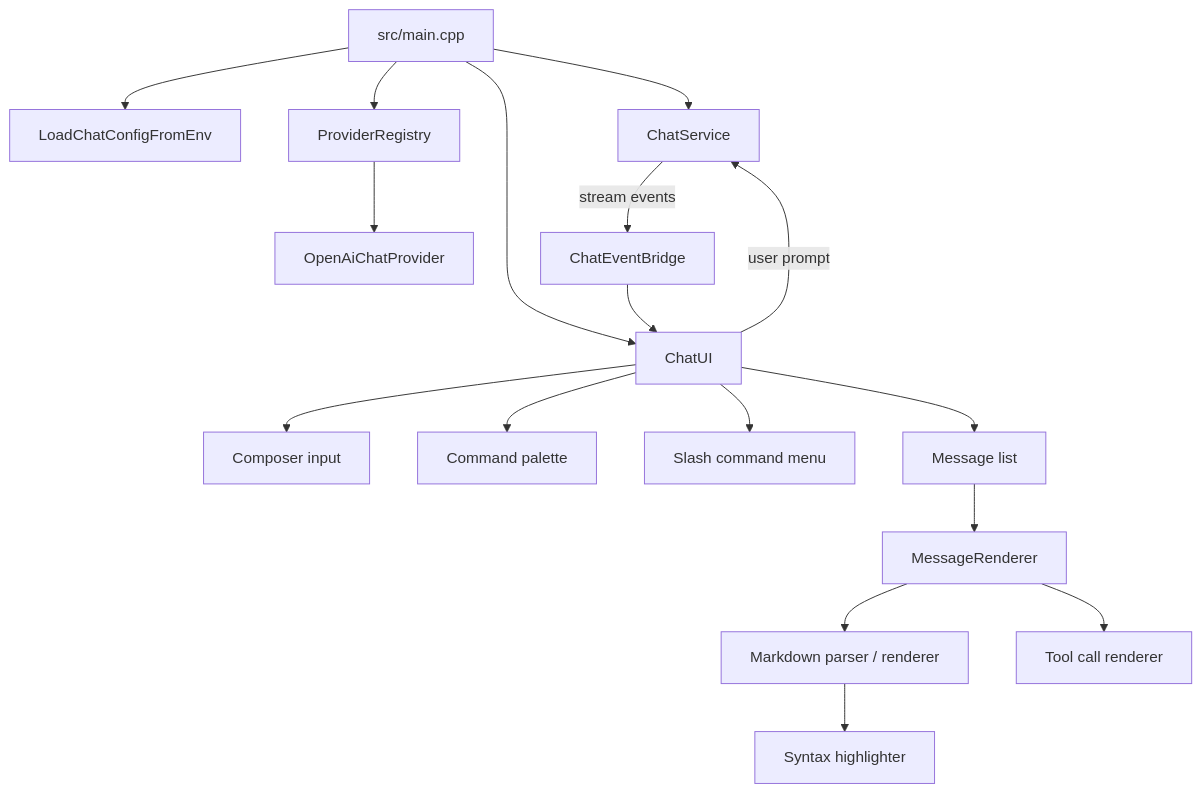
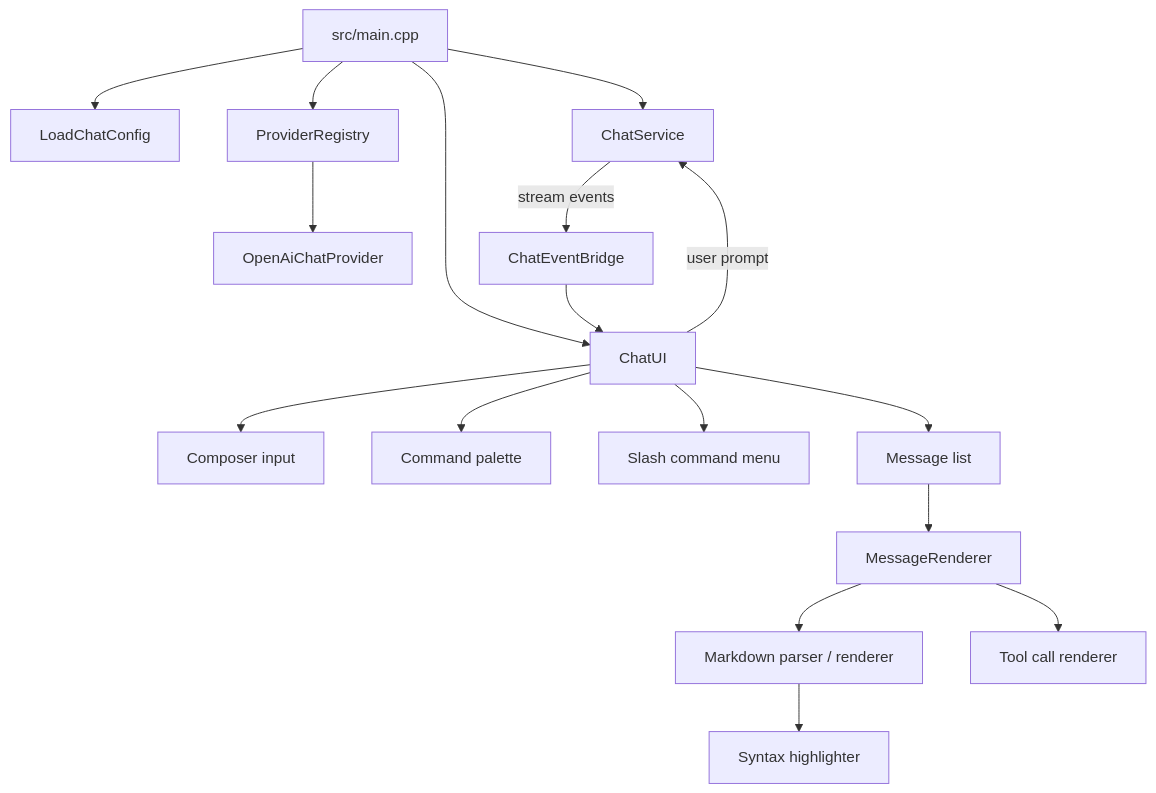
Before and after one commit to anhydrous99/YAC: the diagram in README.md, drawn with Mermaid. The commit also changed other lines of this file and 18 other files, not shown here.

````diff
--- a/README.md
+++ b/README.md
@@ -183,19 +195,19 @@
 ```mermaid
 flowchart TD
-  Main[src/main.cpp] --> Config[LoadChatConfigFromEnv]
+  Main[src/main.cpp] --> Config[LoadChatConfig]
   Main --> Registry[ProviderRegistry]
   Registry --> OpenAI[OpenAiChatProvider]
   Main --> ChatService[ChatService]
   Main --> ChatUI[ChatUI]
   ChatUI -- user prompt --> ChatService
   ChatService -- stream events --> Bridge[ChatEventBridge]
   Bridge --> ChatUI
   ChatUI --> Composer[Composer input]
   ChatUI --> Palette[Command palette]
   ChatUI --> SlashMenu[Slash command menu]
   ChatUI --> Transcript[Message list]
   Transcript --> Renderer[MessageRenderer]
   Renderer --> Markdown[Markdown parser / renderer]
   Renderer --> ToolCalls[Tool call renderer]
   Markdown --> Highlighter[Syntax highlighter]
 ```
````
